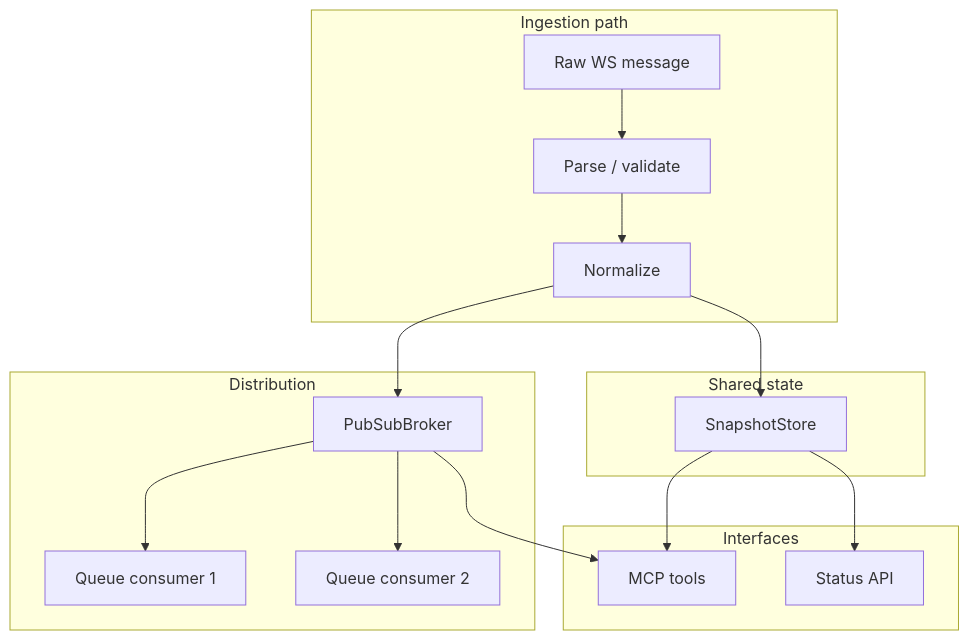
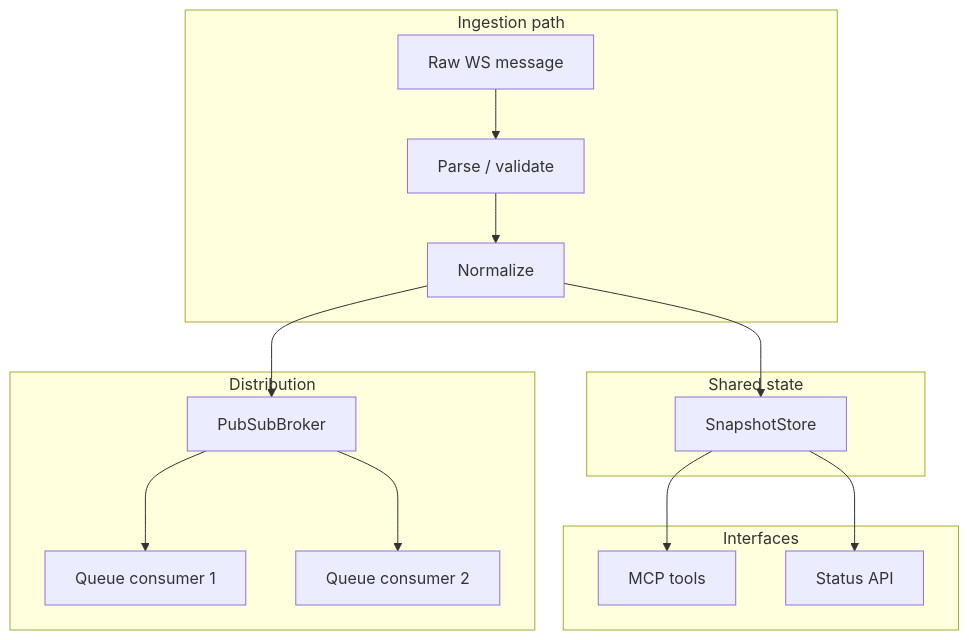
Before and after one commit to ykchow/market-data-hub: the fourth of 4 diagrams in docs/SYSTEM_ARCHITECTURE.md, drawn with Mermaid. The commit also changed other lines of this file and 13 other files, not shown here.

````diff
--- a/docs/SYSTEM_ARCHITECTURE.md
+++ b/docs/SYSTEM_ARCHITECTURE.md
@@ -286,28 +287,27 @@
 ```mermaid
 flowchart TB
   subgraph ingest [Ingestion path]
     M[Raw WS message]
     P[Parse / validate]
     N[Normalize]
   end
   subgraph state [Shared state]
     SN[SnapshotStore]
   end
   subgraph dist [Distribution]
     PB[PubSubBroker]
     Q1[Queue consumer 1]
     Q2[Queue consumer 2]
   end
   subgraph faces [Interfaces]
     MCP[MCP tools]
     REST[Status API]
   end
   M --> P --> N
   N --> SN
   N --> PB
   PB --> Q1
   PB --> Q2
   SN --> MCP
   SN --> REST
-  PB --> MCP
 ```
````
